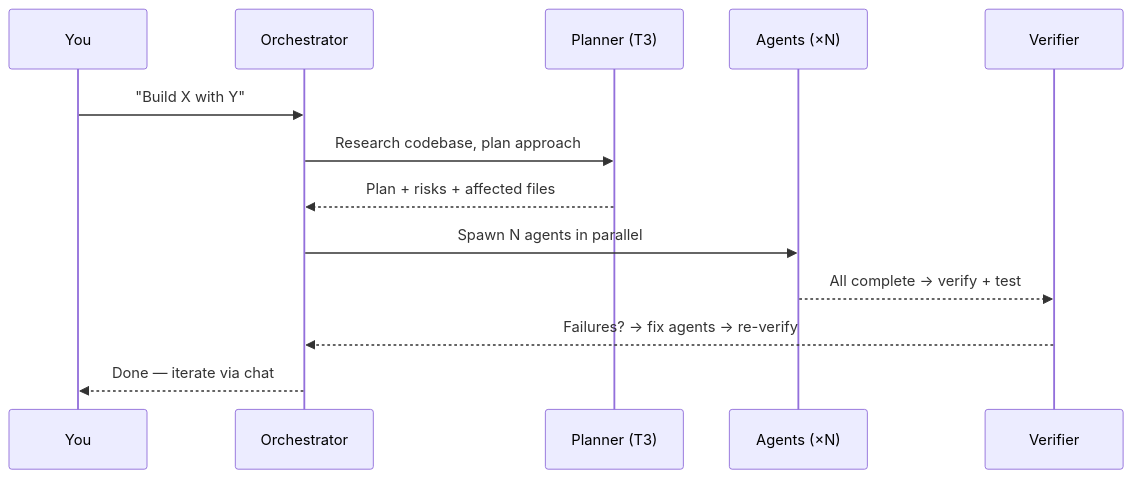
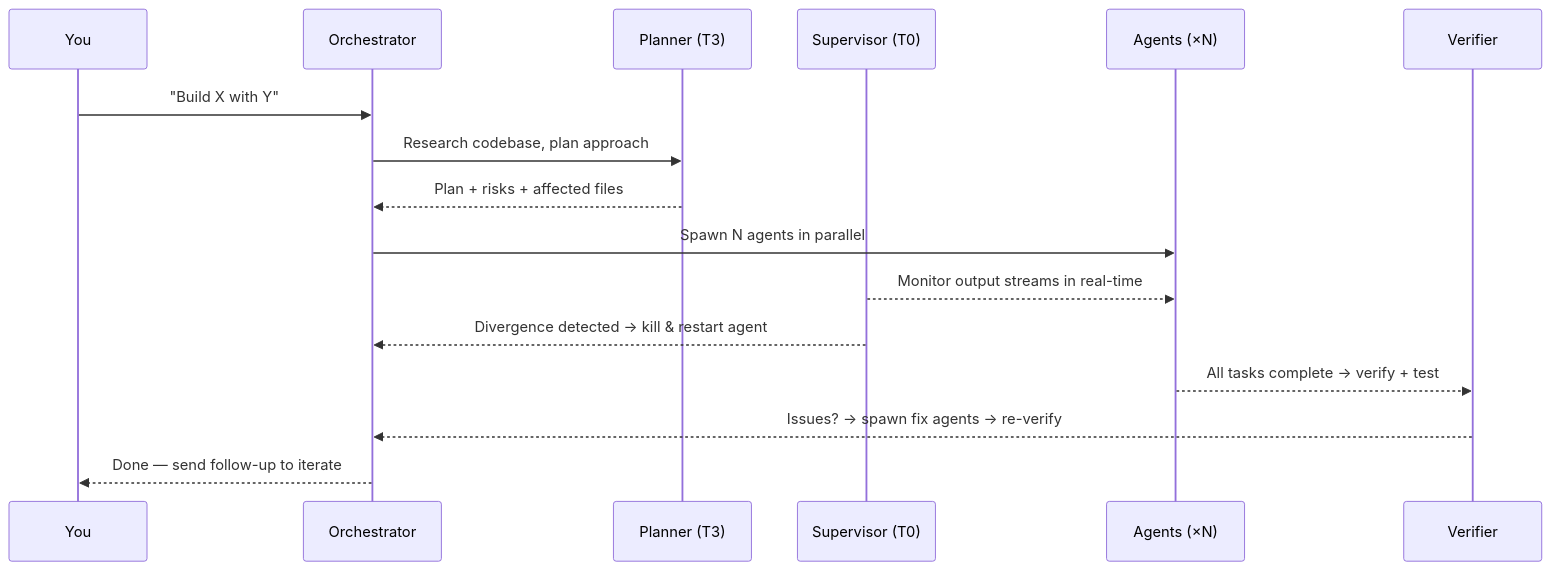
Before and after one commit to MrUnreal/hAIvemind: the second of 3 diagrams in README.md, drawn with Mermaid. The commit also changed other lines of this file, not shown here.

First line of the commit message:
docs: overhaul README — top-down diagrams, consolidated features, supervisor in sequence

````diff
--- a/README.md
+++ b/README.md
@@ -65,16 +62,19 @@
 ```mermaid
 sequenceDiagram
   participant U as You
   participant O as Orchestrator
   participant P as Planner (T3)
+  participant S as Supervisor (T0)
   participant A as Agents (×N)
   participant V as Verifier
 
   U->>O: "Build X with Y"
   O->>P: Research codebase, plan approach
   P-->>O: Plan + risks + affected files
   O->>A: Spawn N agents in parallel
-  A-->>V: All complete → verify + test
-  V-->>O: Failures? → fix agents → re-verify
-  O-->>U: Done — iterate via chat
+  S-->>A: Monitor output streams in real-time
+  S-->>O: Divergence detected → kill & restart agent
+  A-->>V: All tasks complete → verify + test
+  V-->>O: Issues? → spawn fix agents → re-verify
+  O-->>U: Done — send follow-up to iterate
 ```
````
